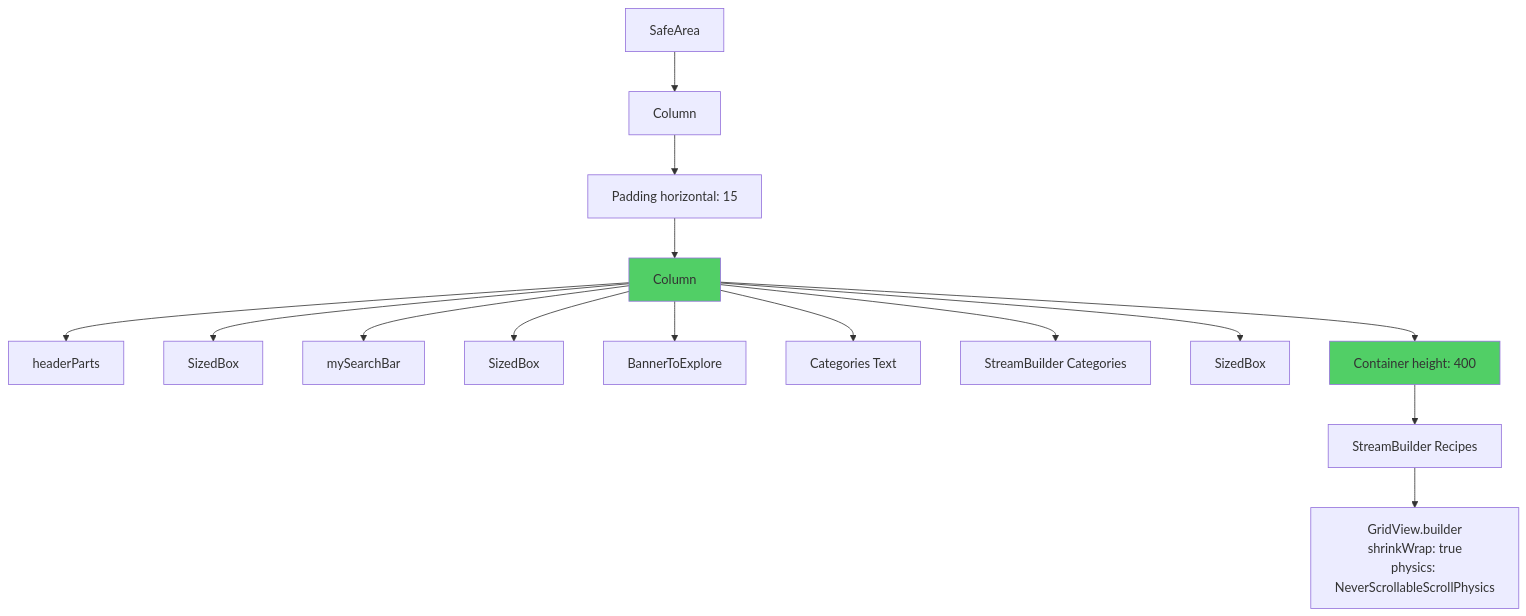
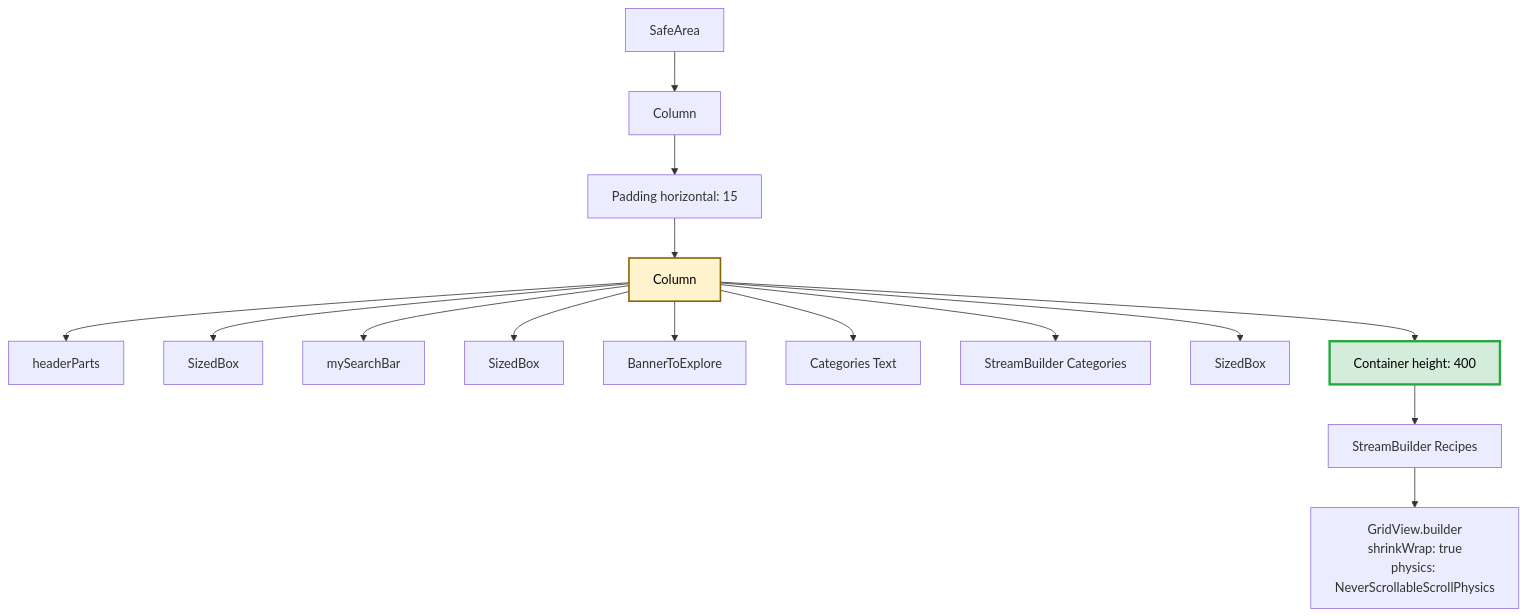
Before and after one commit to hrhouma1/flutter-recette-app-october-2025-v3: the second of 6 diagrams in lib/Views/exercices/01-layout-comparison-analysis.md, drawn with Mermaid. The commit also changed other lines of this file and 3 other files, not shown here.

````diff
--- a/lib/Views/exercices/01-layout-comparison-analysis.md
+++ b/lib/Views/exercices/01-layout-comparison-analysis.md
@@ -43,20 +44,21 @@
 ```mermaid
+%%{init: {'theme':'default', 'themeVariables': { 'primaryColor':'#d4edda','primaryTextColor':'#000','primaryBorderColor':'#28a745','lineColor':'#333','secondaryColor':'#fff3cd','secondaryTextColor':'#000'}}}%%
 graph TD
     A[SafeArea] --> B[Column]
     B --> C[Padding horizontal: 15]
     C --> D[Column]
     D --> E[headerParts]
     D --> F[SizedBox]
     D --> G[mySearchBar]
     D --> H[SizedBox]
     D --> I[BannerToExplore]
     D --> J[Categories Text]
     D --> K[StreamBuilder Categories]
     D --> L[SizedBox]
     D --> M[Container height: 400]
     M --> N[StreamBuilder Recipes]
     N --> O[GridView.builder<br/>shrinkWrap: true<br/>physics: NeverScrollableScrollPhysics]
     
-    style M fill:#51cf66
-    style D fill:#51cf66
+    style M fill:#d4edda,stroke:#28a745,stroke-width:3px,color:#000
+    style D fill:#fff3cd,stroke:#856404,stroke-width:2px,color:#000
 ```
````
